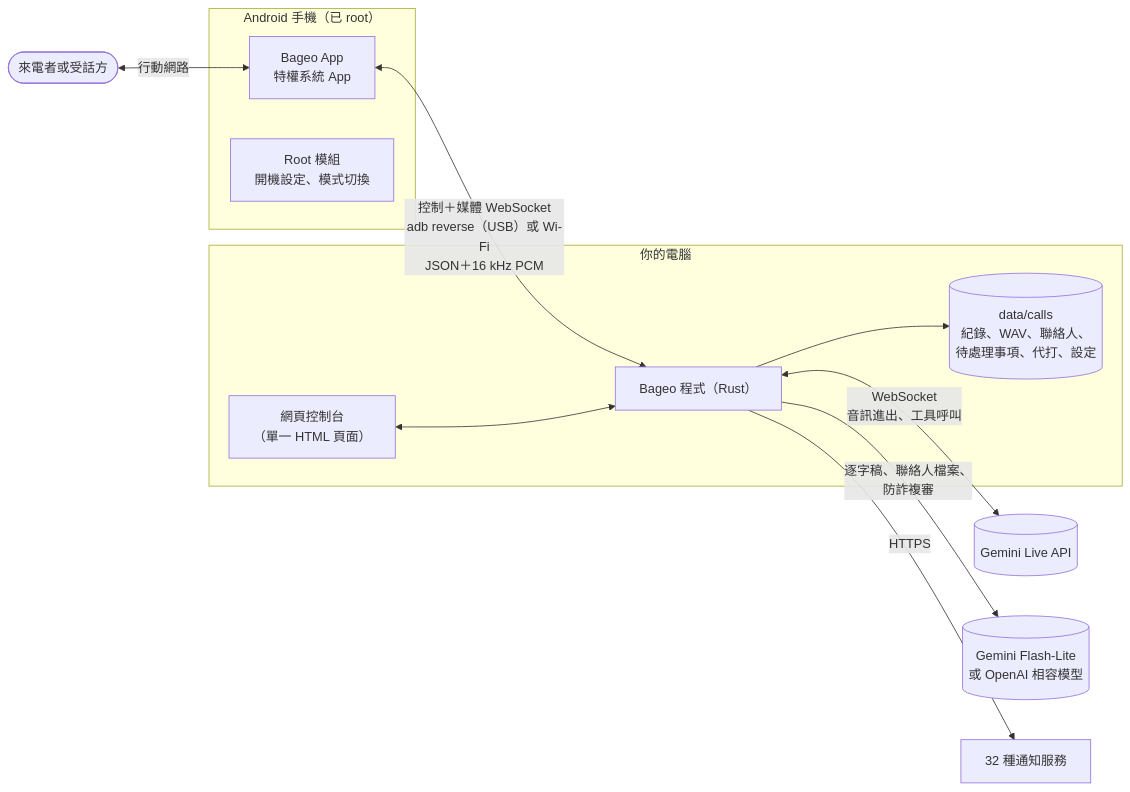
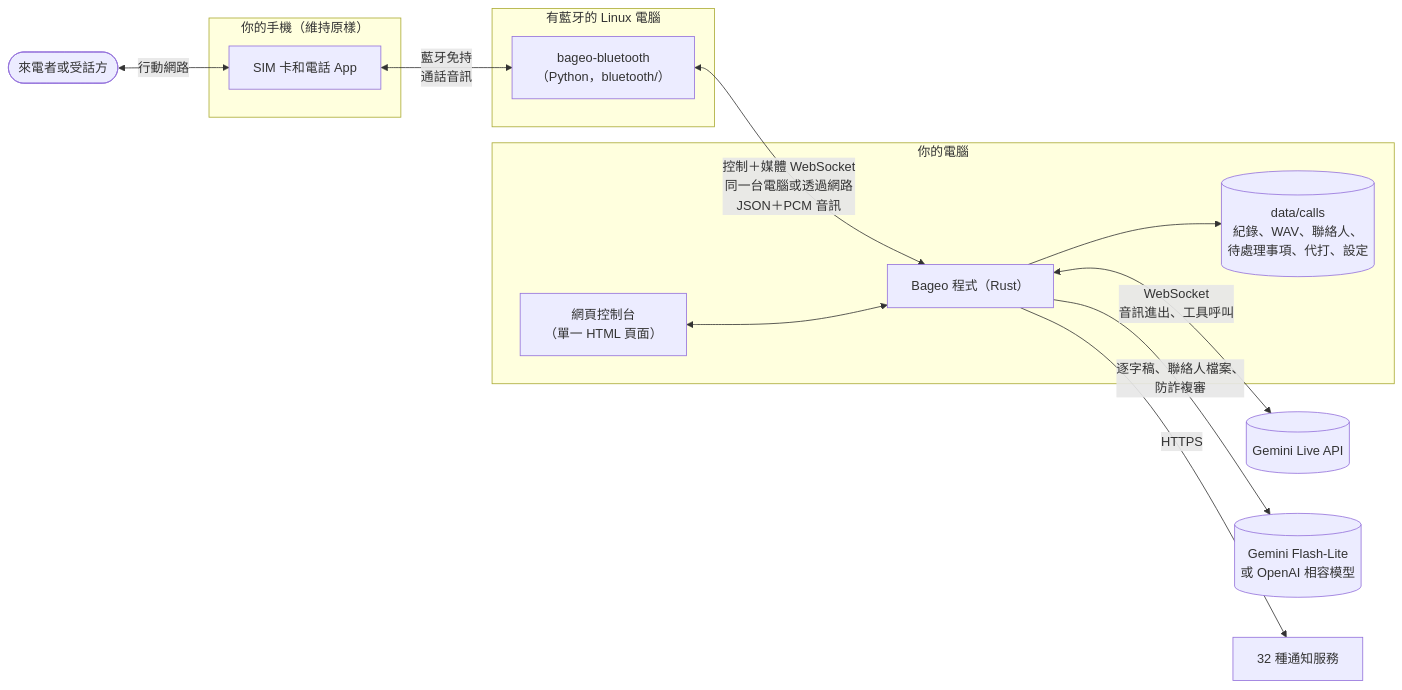
One commit to h4lo-void/bageo-call-bluetooth changed the first of 2 diagrams in docs/zh-TW/ARCHITECTURE.md. Above: the diagram before and after it, drawn with Mermaid. The commit also changed other lines of this file and 94 other files, not shown here.

````diff
--- a/docs/zh-TW/ARCHITECTURE.md
+++ b/docs/zh-TW/ARCHITECTURE.md
@@ -13,19 +14,22 @@
 ```mermaid
 flowchart LR
-    subgraph phone["Android 手機（已 root）"]
-        app["Bageo App<br/>特權系統 App"]
-        module["Root 模組<br/>開機設定、模式切換"]
+    subgraph phone["你的手機（維持原樣）"]
+        sim["SIM 卡和電話 App"]
+    end
+    subgraph bt["有藍牙的 Linux 電腦"]
+        bridge["bageo-bluetooth<br/>（Python，bluetooth/）"]
     end
     subgraph pc["你的電腦"]
         agent["Bageo 程式（Rust）"]
         data[("data/calls<br/>紀錄、WAV、聯絡人、<br/>待處理事項、代打、設定")]
         ui["網頁控制台<br/>（單一 HTML 頁面）"]
     end
-    other(["來電者或受話方"]) <-- "行動網路" --> app
-    app <-- "控制＋媒體 WebSocket<br/>adb reverse（USB）或 Wi-Fi<br/>JSON＋16 kHz PCM" --> agent
+    other(["來電者或受話方"]) <-- "行動網路" --> sim
+    sim <-- "藍牙免持<br/>通話音訊" --> bridge
+    bridge <-- "控制＋媒體 WebSocket<br/>同一台電腦或透過網路<br/>JSON＋PCM 音訊" --> agent
     agent <-- "WebSocket<br/>音訊進出、工具呼叫" --> gemini[("Gemini Live API")]
     agent -- "逐字稿、聯絡人檔案、<br/>防詐複審" --> llm[("Gemini Flash-Lite<br/>或 OpenAI 相容模型")]
     agent --> data
     ui <--> agent
     agent -- "HTTPS" --> notify["32 種通知服務"]
 ```
````
